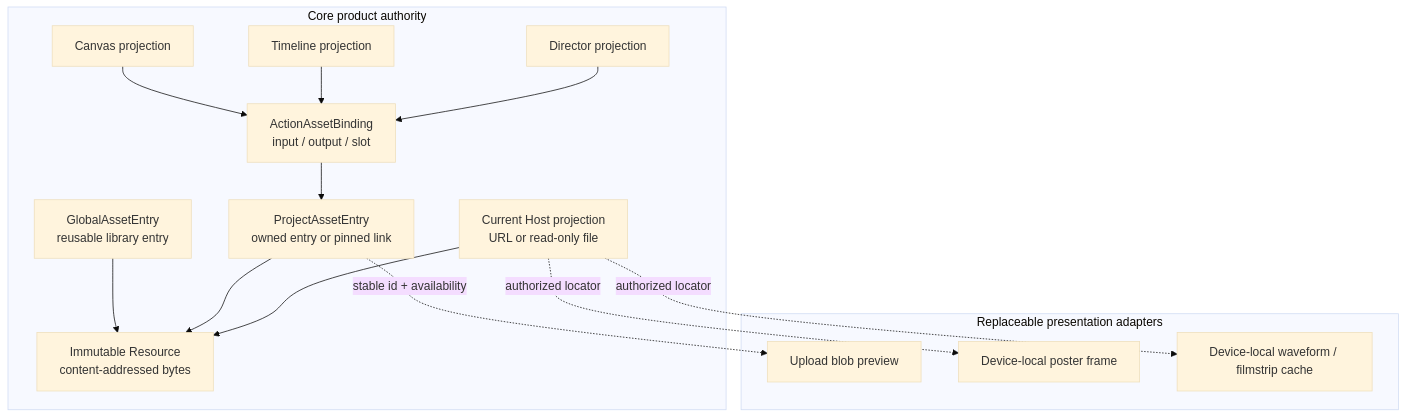
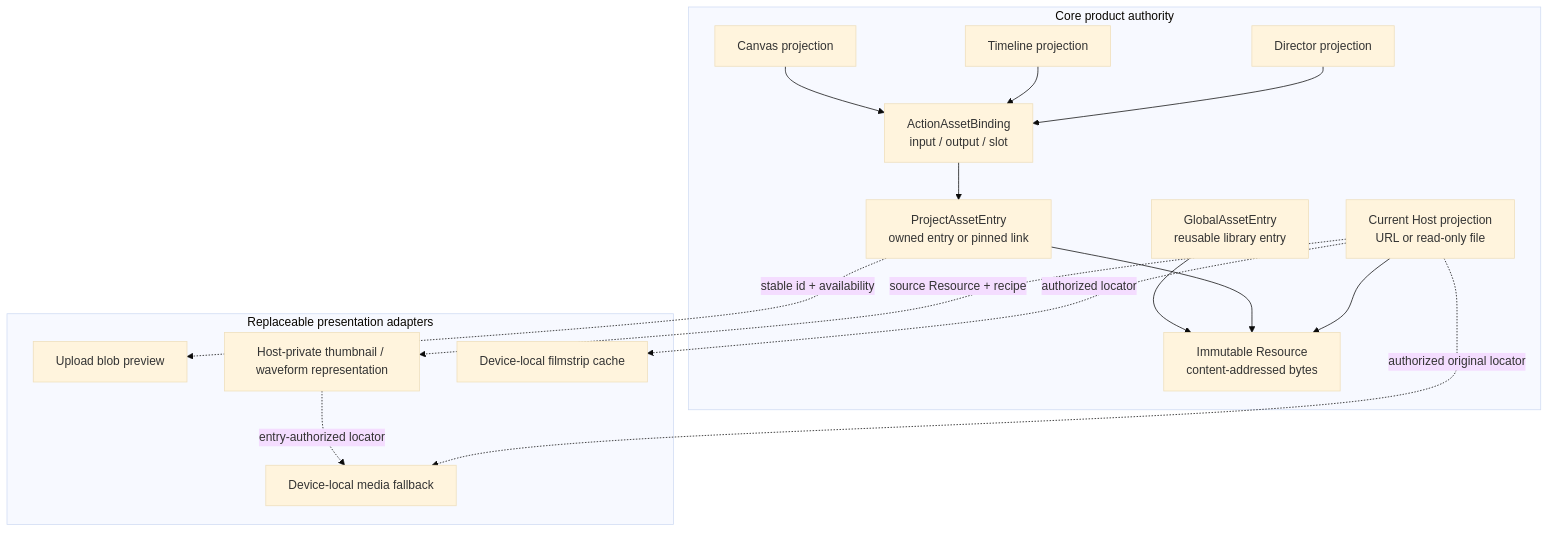
One commit to clash-space/clash changed the first of 7 diagrams in apps/docs/guide/asset-system.md. Above: the diagram before and after it, drawn with Mermaid (base theme). The commit also changed other lines of this file and 448 other files, not shown here.

````diff
--- a/apps/docs/guide/asset-system.md
+++ b/apps/docs/guide/asset-system.md
@@ -80,21 +82,24 @@
 ```mermaid
 flowchart TD
   subgraph core["Core product authority"]
   resource["Immutable Resource\ncontent-addressed bytes"]
   global["GlobalAssetEntry\nreusable library entry"] --> resource
   project["ProjectAssetEntry\nowned entry or pinned link"] --> resource
   action["ActionAssetBinding\ninput / output / slot"] --> project
   canvas["Canvas projection"] --> action
   timeline["Timeline projection"] --> action
   director["Director projection"] --> action
   host["Current Host projection\nURL or read-only file"] --> resource
   end
   subgraph presentation["Replaceable presentation adapters"]
     blob["Upload blob preview"]
-    fallback["Device-local poster frame"]
-    cache["Device-local waveform / filmstrip cache"]
+    representation["Host-private thumbnail / waveform representation"]
+    fallback["Device-local media fallback"]
+    cache["Device-local filmstrip cache"]
   end
   project -. "stable id + availability" .-> blob
-  host -. "authorized locator" .-> fallback
+  host -. "source Resource + recipe" .-> representation
+  representation -. "entry-authorized locator" .-> fallback
+  host -. "authorized original locator" .-> fallback
   host -. "authorized locator" .-> cache
 ```
````
